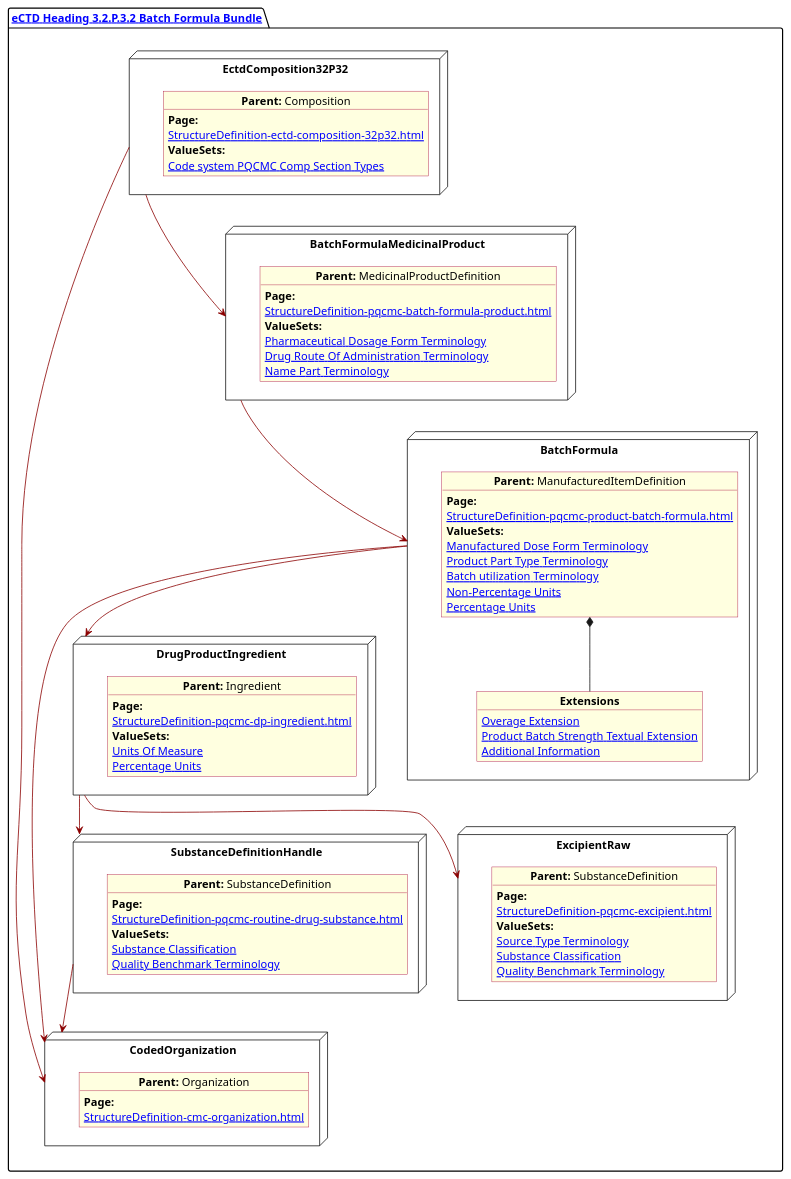
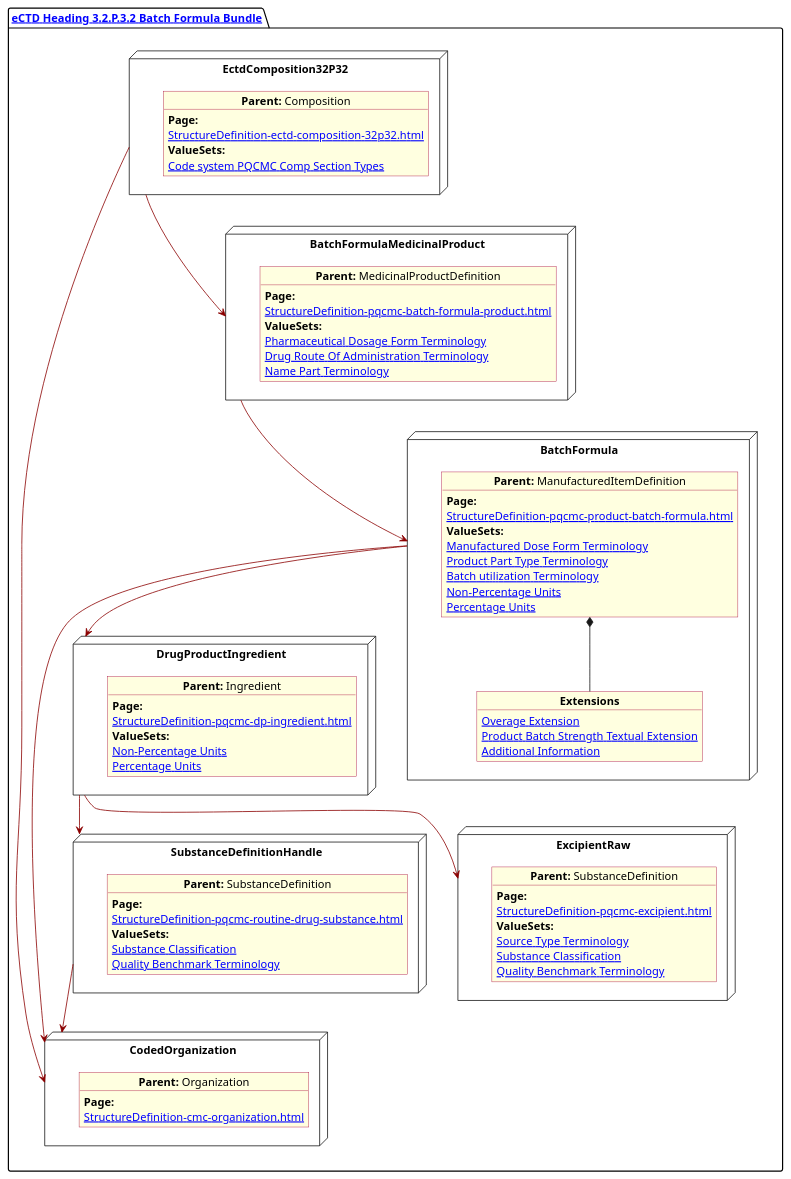
Before and after one commit to HL7/FHIR-us-pq-cmc-fda: the diagram in input/images-source/BatchForm.plantuml, drawn with PlantUML. The commit also changed 4 other files, not shown here.

```diff
--- a/input/images-source/BatchForm.plantuml
+++ b/input/images-source/BatchForm.plantuml
@@ -1,110 +1,111 @@
 @startuml BatchForm
 allowmixing
 'Mixed model of use case and object
 skinparam svgDimensionStyle false
 skinparam ObjectBackgroundColor LightYellow
 skinparam ObjectBorderColor #A80036
 skinparam activityDiamondBorderColor #A80036
 skinparam activityDiamondBackgroundColor lawnGreen
 skinparam ClassBorderThickness 4
 
 package "[[StructureDefinition-cmc-ectd-document-32p32.html eCTD Heading 3.2.P.3.2 Batch Formula Bundle]]" as NODES {
 
 
   node "EctdComposition32P32" as N1 {
 
     object "**Parent:** Composition" as obj1 {
       **Page:**
       [[StructureDefinition-ectd-composition-32p32.html]]
       **ValueSets:**
       [[ValueSet-cmc-comp-section-types-vs.html Code system PQCMC Comp Section Types]]
     }
 
   }
   node "CodedOrganization" as NSO {
 
     object "**Parent:** Organization" as objAu {
       **Page:**
       [[StructureDefinition-cmc-organization.html]]
     }
   }
 
   node "DrugProductIngredient" as NNgred {
 
     object "**Parent:** Ingredient" as obj10 {
       **Page:**
       [[StructureDefinition-pqcmc-dp-ingredient.html]]
       **ValueSets:**
-      [[ValueSet-pqcmc-units-of-measure.html Units Of Measure]]
+      [[ValueSet-pqcmc-non-percentage-units.html Non-Percentage Units]]   
       [[ValueSet-pqcmc-percentage-units.html Percentage Units]]
     }
   }
 
   node "SubstanceDefinitionHandle" as NNS {
 
     object "**Parent:** SubstanceDefinition" as obj4 {
       **Page:**
       [[StructureDefinition-pqcmc-routine-drug-substance.html]]
       **ValueSets:**
       [[ValueSet-substance-classification.html Substance Classification]]
       [[ValueSet-pqcmc-quality-benchmark-terminology.html Quality Benchmark Terminology]]
     }
 
   }
 
   node "ExcipientRaw" as N2all1 {
 
         object "**Parent:** SubstanceDefinition" as objall22 {
             **Page:**
             [[StructureDefinition-pqcmc-excipient.html]]
             **ValueSets:**
             [[ValueSet-pqcmc-source-type-terminology.html Source Type Terminology]]
             [[ValueSet-substance-classification.html Substance Classification]]
             [[ValueSet-pqcmc-quality-benchmark-terminology.html Quality Benchmark Terminology]]
         }
     }
+
   node "BatchFormulaMedicinalProduct" as NN2 {
 
     object "**Parent:** MedicinalProductDefinition" as obj32 {
       **Page:**
       [[StructureDefinition-pqcmc-batch-formula-product.html]]
       **ValueSets:**
       [[ValueSet-spl-pharmaceutical-dosage-form-terminology.html Pharmaceutical Dosage Form Terminology]]
       [[ValueSet-spl-drug-route-of-administration-terminology.html Drug Route Of Administration Terminology]]
       [[ValueSet-pqcmc-name-part-terminology.html Name Part Terminology]]
     }
   }
 
   node "BatchFormula" as NN {
 
     object "**Parent:** ManufacturedItemDefinition" as obj3 {
       **Page:**
       [[StructureDefinition-pqcmc-product-batch-formula.html]]
       **ValueSets:**
       [[ValueSet-pqcmc-manufactured-dose-form-terminology.html Manufactured Dose Form Terminology]]
       [[ValueSet-pqcmc-product-part-type.html Product Part Type Terminology]]
       [[ValueSet-pqcmc-batch-utilization-terminology.html Batch utilization Terminology]]
       [[ValueSet-pqcmc-non-percentage-units.html Non-Percentage Units]]
       [[ValueSet-pqcmc-percentage-units.html Percentage Units]]
 
 
     }
 
     object "**Extensions**" as objExs2 {
       [[StructureDefinition-pq-overage-extension.html Overage Extension]]
       [[StructureDefinition-pq-product-batch-strength-textual-extension.html Product Batch Strength Textual Extension]]
       [[StructureDefinition-pq-additional-info-extension.html Additional Information]]
     }
 
     obj3 *-- objExs2
   }
   N1 -[#darkred]--> NSO
   N1 -[#darkred]-> NN2
   NNS -[#darkred]-> NSO
   NN -[#darkred]-> NSO
   NN -[#darkred]-> NNgred
   NN2 -[#darkred]-> NN
   NNgred -[#darkred]-> NNS
   NNgred -[#darkred]-> N2all1
 }
 @enduml
```
